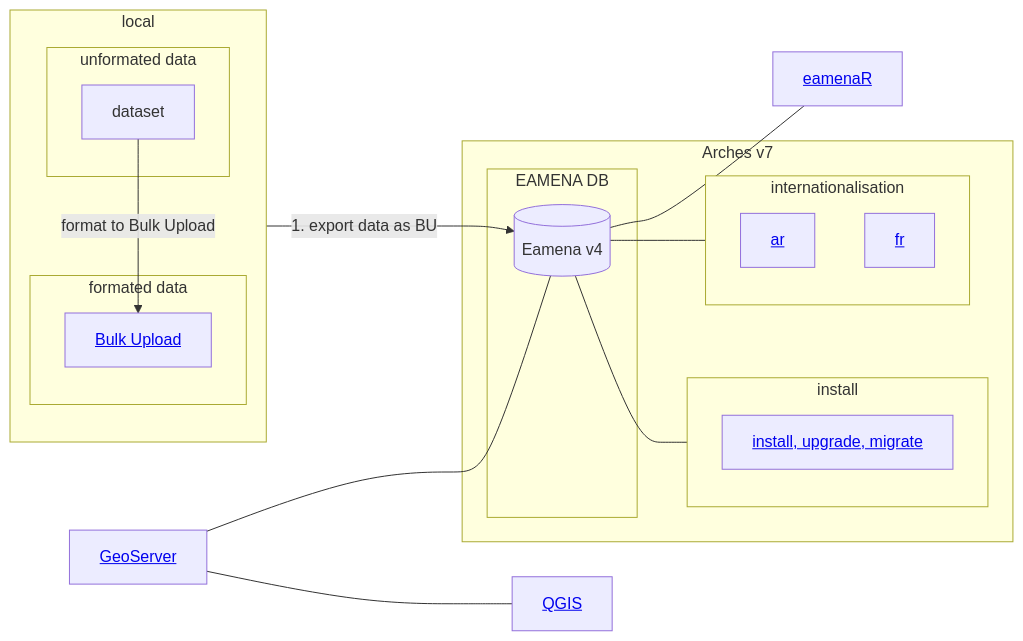
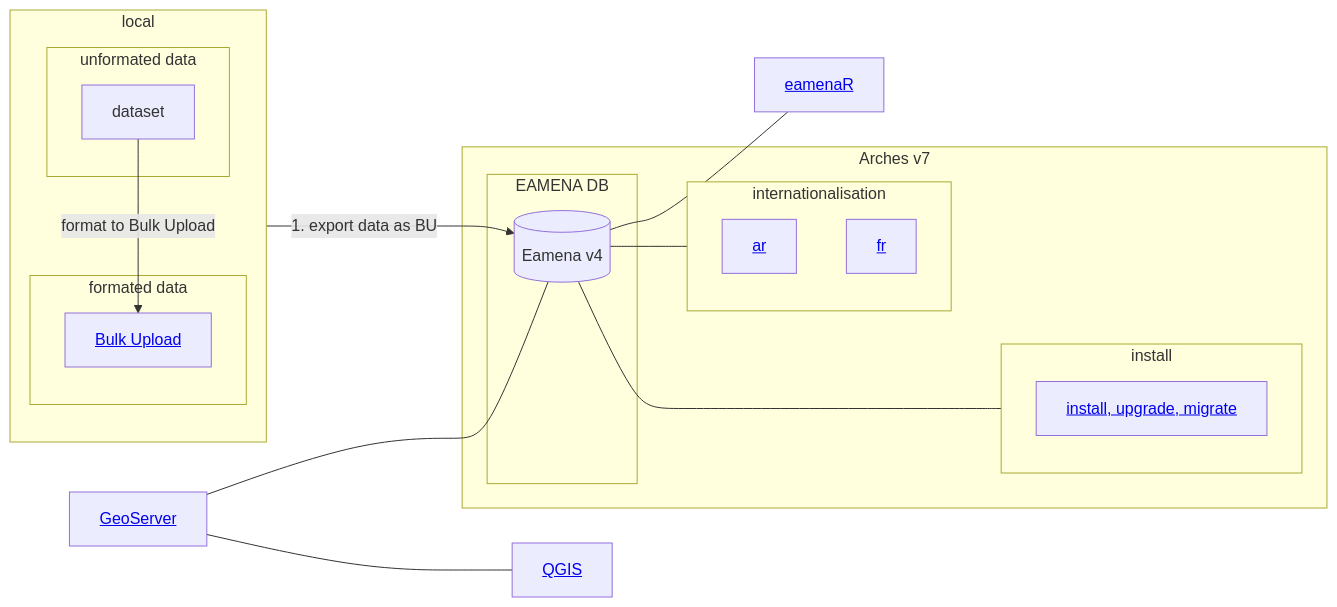
Before and after one commit to eamena-project/eamena-arches-dev: the diagram in dbs/database.eamena/README.md, drawn with Mermaid. The commit also changed other lines of this file and 2 other files, not shown here.

````diff
--- a/dbs/database.eamena/README.md
+++ b/dbs/database.eamena/README.md
@@ -5,30 +5,30 @@
 ```mermaid
 flowchart LR
   subgraph Arches v7
     subgraph EAMENA DB
     ea[(Eamena v4)]
     end
     subgraph internationalisation
       id6[<a href='https://github.com/eamena-project/eamena-arches-dev/tree/main/dbs/database.eamena/internationalisation'>ar</a>];
       id7[<a href='https://github.com/eamena-project/eamena-arches-dev/tree/main/dbs/database.eamena/internationalisation'>fr</a>];
     end 
     subgraph install
       id8[<a href='https://github.com/eamena-project/eamena-arches-dev/tree/main/dbs/database.eamena/install'>install, upgrade, migrate</a>];
     end 
   end
   id3[<a href='https://github.com/eamena-project/eamena-arches-dev/tree/main/geoserver'>GeoServer</a>] --- ea;
   id3 --- id4[<a href='https://github.com/eamena-project/eamena-arches-dev/tree/main/gis/qgis'>QGIS</a>];
   subgraph local
     direction TB
     subgraph unformated data
       id9A[dataset]
     end
     subgraph formated data
       id9A -- format to Bulk Upload --> id9B[<a href='https://github.com/eamena-project/eamena-arches-dev/tree/main/data/bulk#readme'>Bulk Upload</a>]
       id9B --1. export data as BU--> ea;
     end
   end
   ea --- id5[<a href='https://github.com/eamena-project/eamenaR'>eamenaR</a>];
   ea --- internationalisation
-  ea --- install
+  ea <--- install
 ```
````
